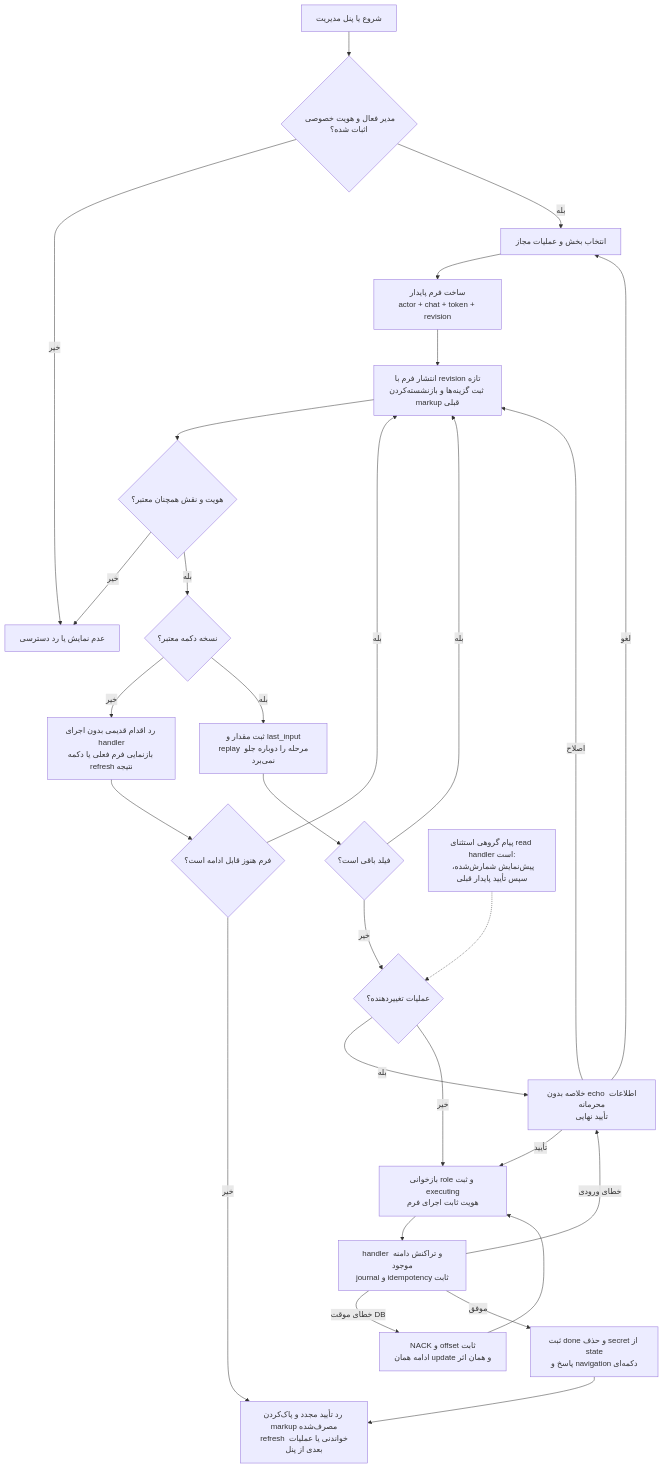
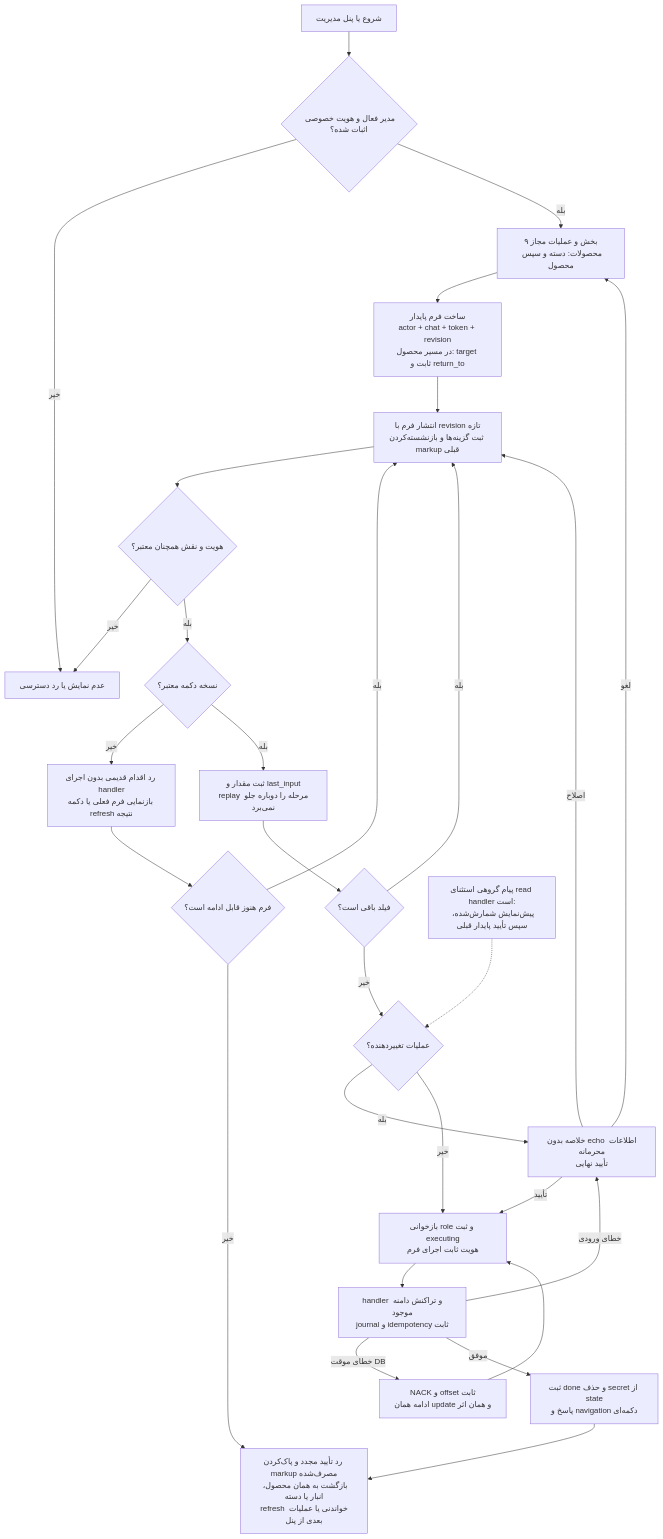
One commit to mohamadkheiry/aibotTelegram changed the diagram in docs/diagrams/16-admin-button-form.mmd. Above: the diagram before and after it, drawn with Mermaid. The commit also changed 33 other files, not shown here.

```diff
--- a/docs/diagrams/16-admin-button-form.mmd
+++ b/docs/diagrams/16-admin-button-form.mmd
@@ -1,30 +1,30 @@
 flowchart TB
     A["شروع یا پنل مدیریت"] --> G{"مدیر فعال و هویت خصوصی اثبات شده؟"}
     G -- خیر --> Deny["عدم نمایش یا رد دسترسی"]
-    G -- بله --> B["انتخاب بخش و عملیات مجاز"]
-    B --> C["ساخت فرم پایدار<br/>actor + chat + token + revision"]
+    G -- بله --> B["۹ بخش و عملیات مجاز<br/>محصولات: دسته و سپس محصول"]
+    B --> C["ساخت فرم پایدار<br/>actor + chat + token + revision<br/>در مسیر محصول: target ثابت و return_to"]
     C --> D["انتشار فرم با revision تازه<br/>ثبت گزینه‌ها و بازنشسته‌کردن markup قبلی"]
     D --> Access{"هویت و نقش همچنان معتبر؟"}
     Access -- خیر --> Deny
     Access -- بله --> V{"نسخه دکمه معتبر؟"}
     V -- خیر --> Stale["رد اقدام قدیمی بدون اجرای handler<br/>بازنمایی فرم فعلی یا دکمه refresh نتیجه"]
     Stale --> Current{"فرم هنوز قابل ادامه است؟"}
     Current -- بله --> D
     Current -- خیر --> Next
     V -- بله --> Save["ثبت مقدار و last_input<br/>replay مرحله را دوباره جلو نمی‌برد"]
     Save --> More{"فیلد باقی است؟"}
     More -- بله --> D
     More -- خیر --> M{"عملیات تغییردهنده؟"}
     M -- بله --> Preview["خلاصه بدون echo اطلاعات محرمانه<br/>تأیید نهایی"]
     M -- خیر --> Execute
     Preview -- اصلاح --> D
     Preview -- لغو --> B
     Preview -- تأیید --> Execute["بازخوانی role و ثبت executing<br/>هویت ثابت اجرای فرم"]
     Execute --> Domain["handler و تراکنش دامنه موجود<br/>journal و idempotency ثابت"]
     Domain -- خطای موقت DB --> Retry["NACK و offset ثابت<br/>ادامه همان update و همان اثر"]
     Retry --> Execute
     Domain -- خطای ورودی --> Preview
     Domain -- موفق --> Done["ثبت done و حذف secret از state<br/>پاسخ و navigation دکمه‌ای"]
-    Done --> Next["رد تأیید مجدد و پاک‌کردن markup مصرف‌شده<br/>refresh خواندنی یا عملیات بعدی از پنل"]
+    Done --> Next["رد تأیید مجدد و پاک‌کردن markup مصرف‌شده<br/>بازگشت به همان محصول، انبار یا دسته<br/>refresh خواندنی یا عملیات بعدی از پنل"]
     Broadcast["پیام گروهی استثنای read handler است:<br/>پیش‌نمایش شمارش‌شده، سپس تأیید پایدار قبلی"]
     Broadcast -.-> M
```
